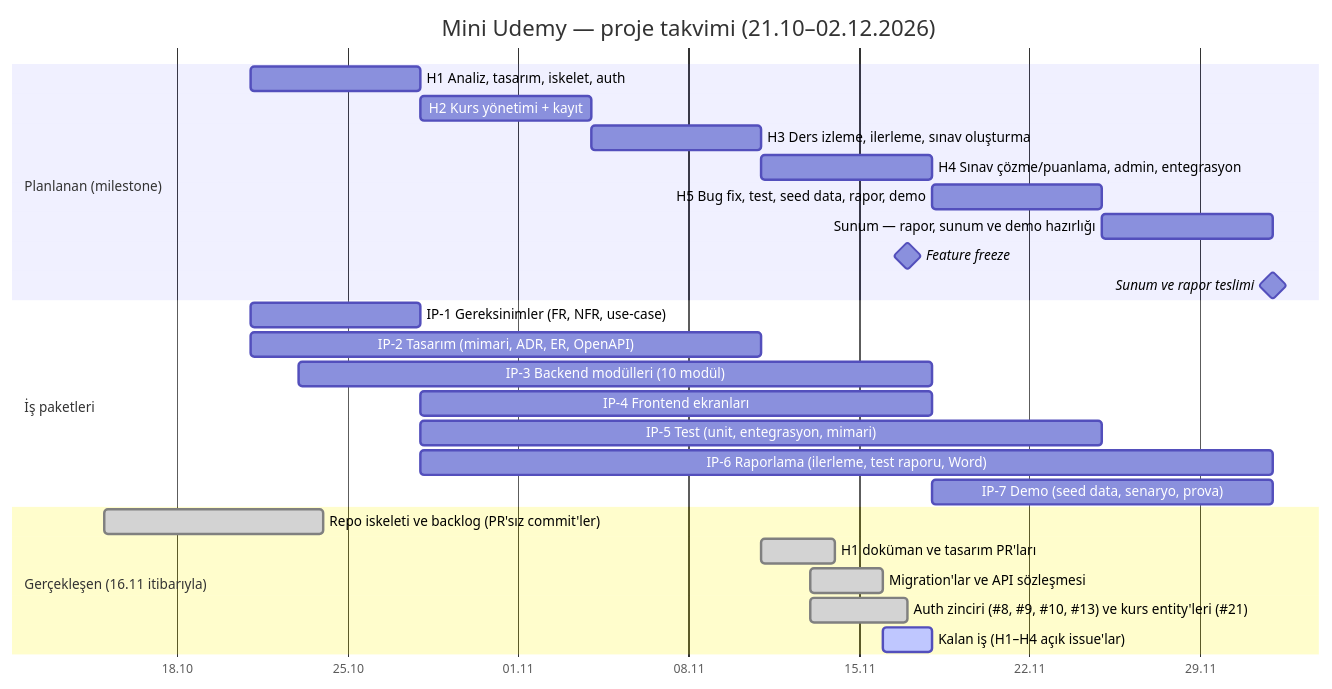
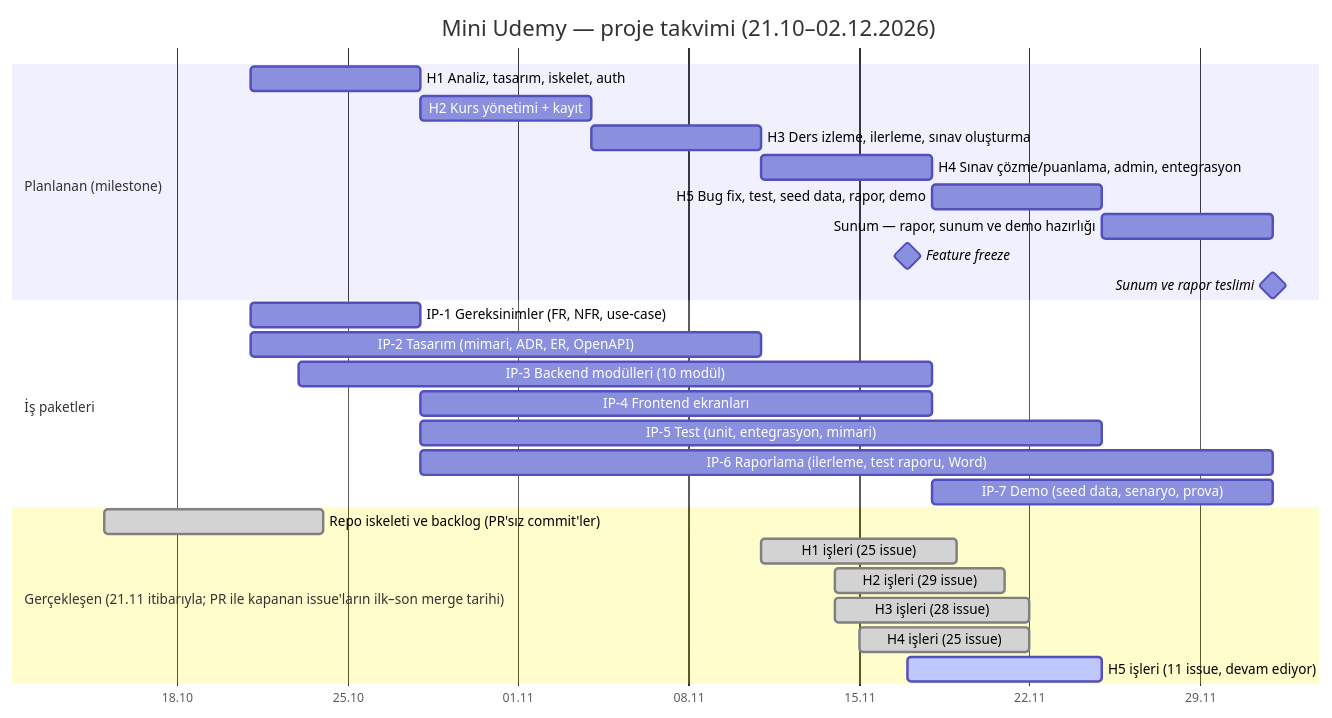
One commit to Bertanokt/mini-udemy changed the diagram in docs/diagrams/gantt.mmd. Above: the diagram before and after it, drawn with Mermaid. The commit also changed 2 other files, not shown here.

```diff
--- a/docs/diagrams/gantt.mmd
+++ b/docs/diagrams/gantt.mmd
@@ -1,31 +1,32 @@
-%% Gantt şeması (#82). Planlanan: milestone'lar (CONTRIBUTING.md › Sprint). Gerçekleşen: GitHub'daki ilk/son merge tarihleri (16.11.2026 itibarıyla).
+%% Gantt şeması (#82). Planlanan: milestone'lar (CONTRIBUTING.md › Sprint). Gerçekleşen: GitHub'daki ilk/son merge tarihleri (21.11.2026 itibarıyla).
 gantt
     title Mini Udemy — proje takvimi (21.10–02.12.2026)
     dateFormat  YYYY-MM-DD
     axisFormat  %d.%m
 
     section Planlanan (milestone)
     H1 Analiz, tasarım, iskelet, auth            :h1, 2026-10-21, 2026-10-28
     H2 Kurs yönetimi + kayıt                      :h2, 2026-10-28, 2026-11-04
     H3 Ders izleme, ilerleme, sınav oluşturma     :h3, 2026-11-04, 2026-11-11
     H4 Sınav çözme/puanlama, admin, entegrasyon   :h4, 2026-11-11, 2026-11-18
     H5 Bug fix, test, seed data, rapor, demo      :h5, 2026-11-18, 2026-11-25
     Sunum — rapor, sunum ve demo hazırlığı        :s1, 2026-11-25, 2026-12-02
     Feature freeze                                :milestone, ff, 2026-11-17, 0d
     Sunum ve rapor teslimi                        :milestone, t1, 2026-12-02, 0d
 
     section İş paketleri
     IP-1 Gereksinimler (FR, NFR, use-case)        :ip1, 2026-10-21, 2026-10-28
     IP-2 Tasarım (mimari, ADR, ER, OpenAPI)       :ip2, 2026-10-21, 2026-11-11
     IP-3 Backend modülleri (10 modül)             :ip3, 2026-10-23, 2026-11-18
     IP-4 Frontend ekranları                       :ip4, 2026-10-28, 2026-11-18
     IP-5 Test (unit, entegrasyon, mimari)         :ip5, 2026-10-28, 2026-11-25
     IP-6 Raporlama (ilerleme, test raporu, Word)  :ip6, 2026-10-28, 2026-12-02
     IP-7 Demo (seed data, senaryo, prova)         :ip7, 2026-11-18, 2026-12-02
 
-    section Gerçekleşen (16.11 itibarıyla)
+    section Gerçekleşen (21.11 itibarıyla; PR ile kapanan issue'ların ilk–son merge tarihi)
     Repo iskeleti ve backlog (PR'sız commit'ler)  :done, g0, 2026-10-15, 2026-10-24
-    H1 doküman ve tasarım PR'ları                 :done, g1, 2026-11-11, 2026-11-14
-    Migration'lar ve API sözleşmesi               :done, g2, 2026-11-13, 2026-11-16
-    Auth zinciri (#8, #9, #10, #13) ve kurs entity'leri (#21) :done, g3, 2026-11-13, 2026-11-17
-    Kalan iş (H1–H4 açık issue'lar)               :active, g4, 2026-11-16, 2026-11-18
+    H1 işleri (25 issue)                          :done, g1, 2026-11-11, 2026-11-19
+    H2 işleri (29 issue)                          :done, g2, 2026-11-14, 2026-11-21
+    H3 işleri (28 issue)                          :done, g3, 2026-11-14, 2026-11-22
+    H4 işleri (25 issue)                          :done, g4, 2026-11-15, 2026-11-22
+    H5 işleri (11 issue, devam ediyor)            :active, g5, 2026-11-17, 2026-11-25
```
